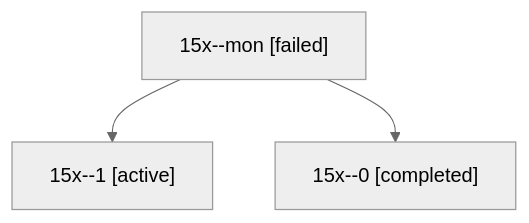
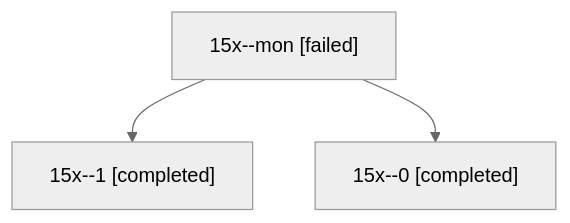
Before and after one commit to bobs-org/bob-cli--agents: the diagram in sessions/bbugyi200.athena.15x.md, drawn with Mermaid (neutral theme). The commit also changed other lines of this file and 72 other files, not shown here.

````diff
--- a/sessions/bbugyi200.athena.15x.md
+++ b/sessions/bbugyi200.athena.15x.md
@@ -9,8 +9,8 @@
 ```mermaid
 flowchart TD
   n0["15x--mon [failed]"]
-  n1["15x--1 [active]"]
+  n1["15x--1 [completed]"]
   n0 --> n1
   n2["15x--0 [completed]"]
   n0 --> n2
 ```
````
